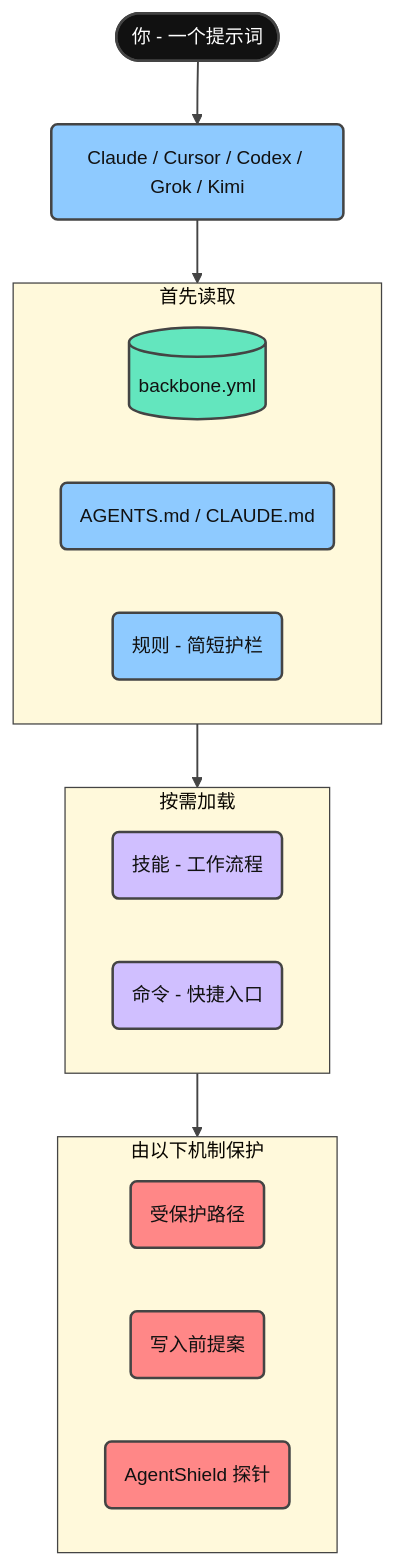
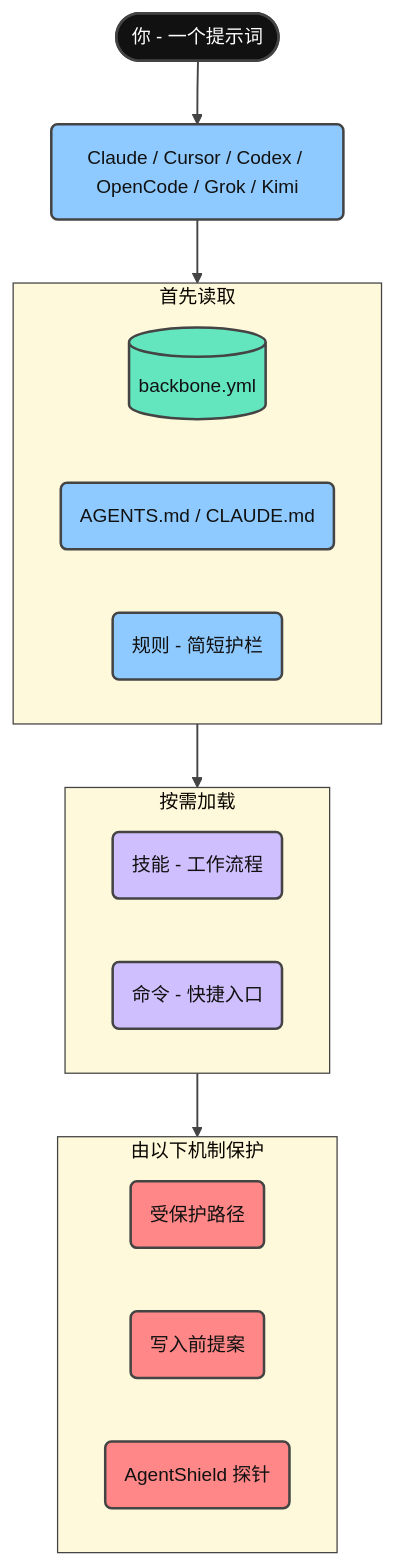
Before and after one commit to giang6283623/minimal-vibe-coding-kit: the second of 10 diagrams in docs/README.zh-CN.md, drawn with Mermaid. The commit also changed other lines of this file and 68 other files, not shown here.

Commit message:
fix: harden auto mode orchestration and support open code for v0.5.9

````diff
--- a/docs/README.zh-CN.md
+++ b/docs/README.zh-CN.md
@@ -161,51 +163,51 @@
 ```mermaid
 ---
 config:
   theme: base
   themeVariables:
     fontFamily: cascadia mono, consolas, noto sans mono, menlo, monospace
     fontSize: 15px
     lineColor: "#444444"
     textColor: "#111111"
     edgeLabelBackground: "#FFFFFF"
     clusterBkg: "#FFF9DB"
     clusterBorder: "#444444"
 ---
 flowchart TD
-    You([你 - 一个提示词]) --> Agent("Claude / Cursor / Codex / Grok / Kimi")
+    You([你 - 一个提示词]) --> Agent("Claude / Cursor / Codex / OpenCode / Grok / Kimi")
 
     subgraph First["首先读取"]
         Backbone[("backbone.yml")]
         Docs("AGENTS.md / CLAUDE.md")
         Rules("规则 - 简短护栏")
     end
 
     subgraph Demand["按需加载"]
         Skills("技能 - 工作流程")
         Commands("命令 - 快捷入口")
     end
 
     subgraph Guard["由以下机制保护"]
         Protected("受保护路径")
         Propose("写入前提案")
         Shield("AgentShield 探针")
     end
 
     Agent --> First
     First --> Demand
     Demand --> Guard
 
     classDef terminal fill:#111111,stroke:#444444,stroke-width:2px,color:#FFFFFF
     classDef step fill:#8ECAFF,stroke:#444444,stroke-width:2px,color:#111111
     classDef data fill:#63E6BE,stroke:#444444,stroke-width:2px,color:#111111
     classDef accent fill:#D0BFFF,stroke:#444444,stroke-width:2px,color:#111111
     classDef danger fill:#FF8787,stroke:#444444,stroke-width:2px,color:#111111
     linkStyle default stroke:#444444,stroke-width:1.5px
 
     class You terminal
     class Agent step
     class Backbone data
     class Docs,Rules step
     class Skills,Commands accent
     class Protected,Propose,Shield danger
 ```
````
